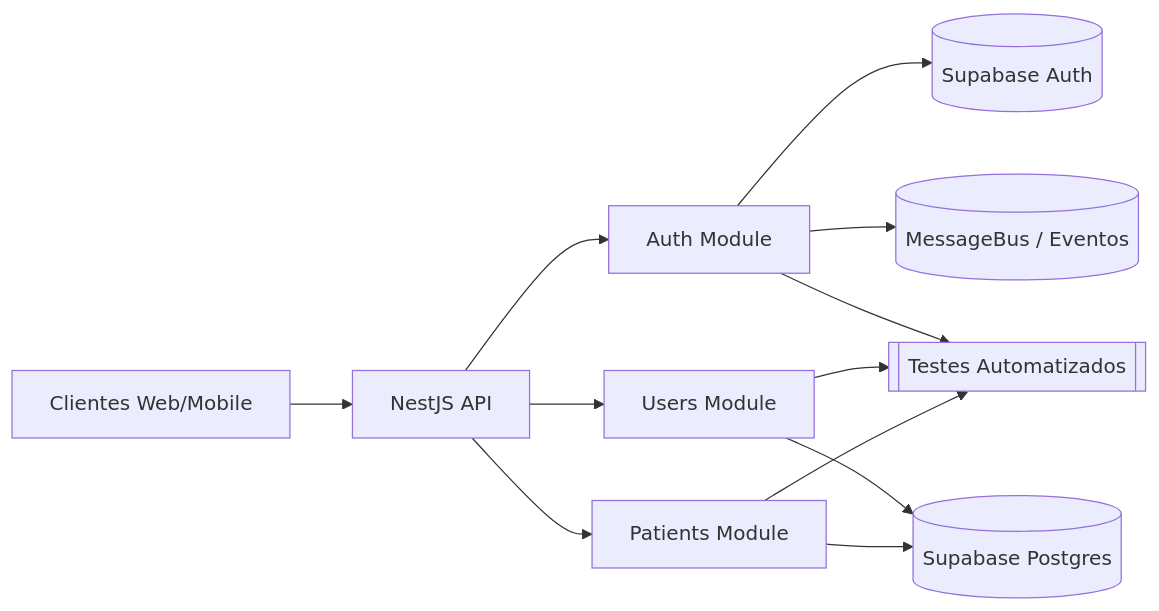
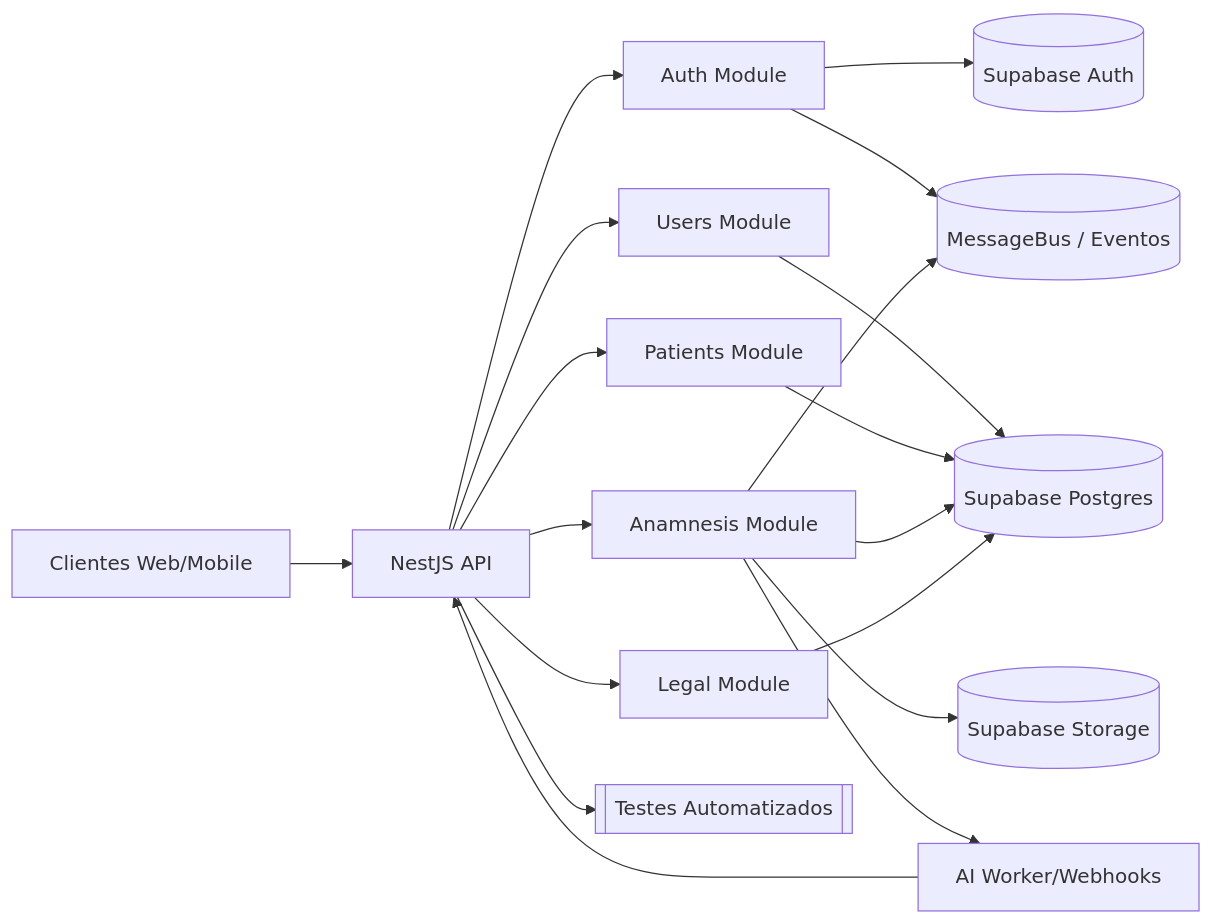
Before and after one commit to wesandradealves/onterapi: the diagram in README.md, drawn with Mermaid. The commit also changed other lines of this file, not shown here.

````diff
--- a/README.md
+++ b/README.md
@@ -781,14 +800,20 @@
 ```mermaid
 flowchart LR
     Client[Clientes Web/Mobile] --> API[NestJS API]
     API --> Auth[Auth Module]
     API --> Users[Users Module]
     API --> Patients[Patients Module]
+    API --> Anamnesis[Anamnesis Module]
+    API --> Legal[Legal Module]
     Auth --> SupabaseAuth[(Supabase Auth)]
     Users --> SupabaseDB[(Supabase Postgres)]
     Patients --> SupabaseDB
+    Anamnesis --> SupabaseDB
+    Legal --> SupabaseDB
+    Anamnesis --> Storage[(Supabase Storage)]
+    Anamnesis --> AIWorker[AI Worker/Webhooks]
+    AIWorker --> API
     Auth --> MessageBus[(MessageBus / Eventos)]
-    Auth --> Tests[[Testes Automatizados]]
-    Users --> Tests[[Testes Automatizados]]
-    Patients --> Tests
+    Anamnesis --> MessageBus
+    API --> Tests[[Testes Automatizados]]
 ```
````
